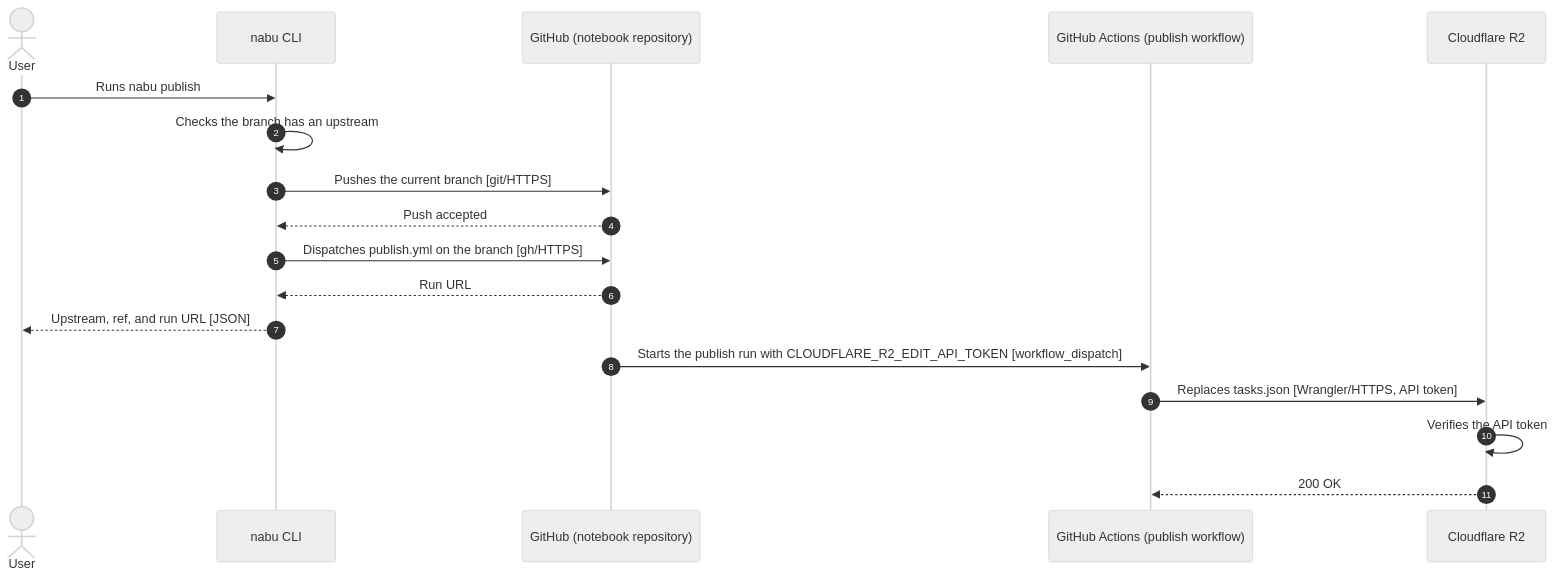
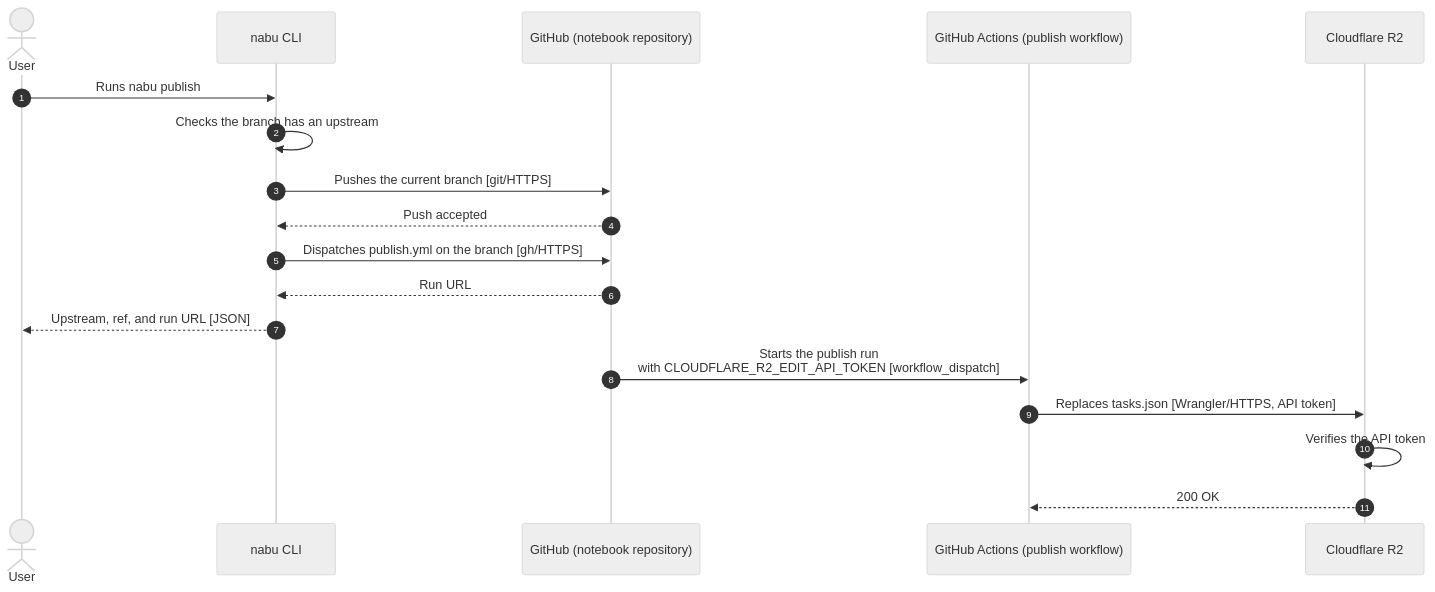
The diagram in docs/architecture.md (gitt510/nabu), drawn with Mermaid (neutral theme) before and after one commit.

Commit message:
docs: break the long step 8 label of the publish route

````diff
--- a/docs/architecture.md
+++ b/docs/architecture.md
@@ -5,21 +5,21 @@
 ```mermaid
 sequenceDiagram
   autonumber
   actor User
   participant CLI as nabu CLI
   participant GitHub as GitHub (notebook repository)
   participant Actions as GitHub Actions (publish workflow)
   participant R2 as Cloudflare R2
 
   User->>CLI: Runs nabu publish
   CLI->>CLI: Checks the branch has an upstream
   CLI->>GitHub: Pushes the current branch [git/HTTPS]
   GitHub-->>CLI: Push accepted
   CLI->>GitHub: Dispatches publish.yml on the branch [gh/HTTPS]
   GitHub-->>CLI: Run URL
   CLI-->>User: Upstream, ref, and run URL [JSON]
-  GitHub->>Actions: Starts the publish run with CLOUDFLARE_R2_EDIT_API_TOKEN [workflow_dispatch]
+  GitHub->>Actions: Starts the publish run<br>with CLOUDFLARE_R2_EDIT_API_TOKEN [workflow_dispatch]
   Actions->>R2: Replaces tasks.json [Wrangler/HTTPS, API token]
   R2->>R2: Verifies the API token
   R2-->>Actions: 200 OK
 ```
````
